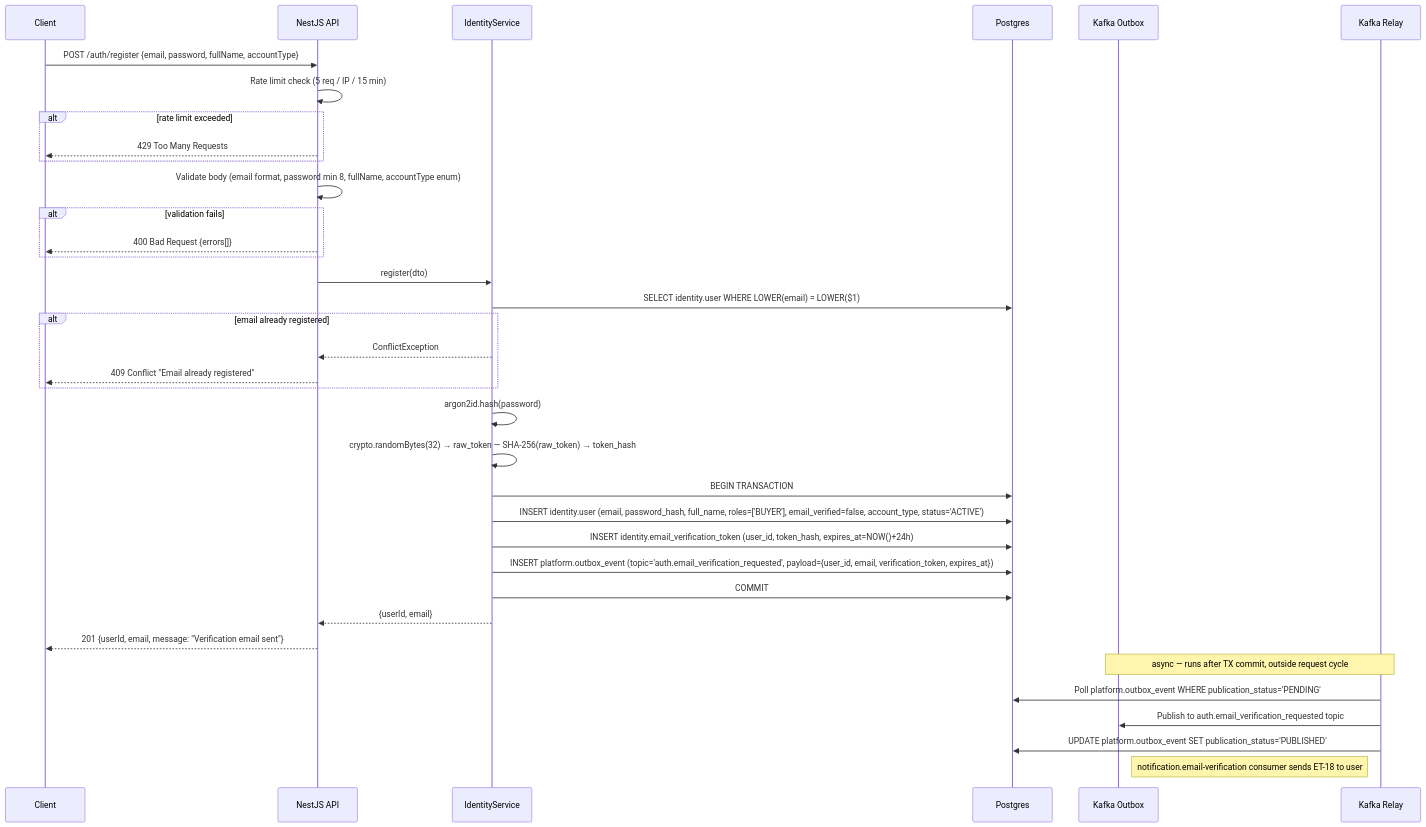
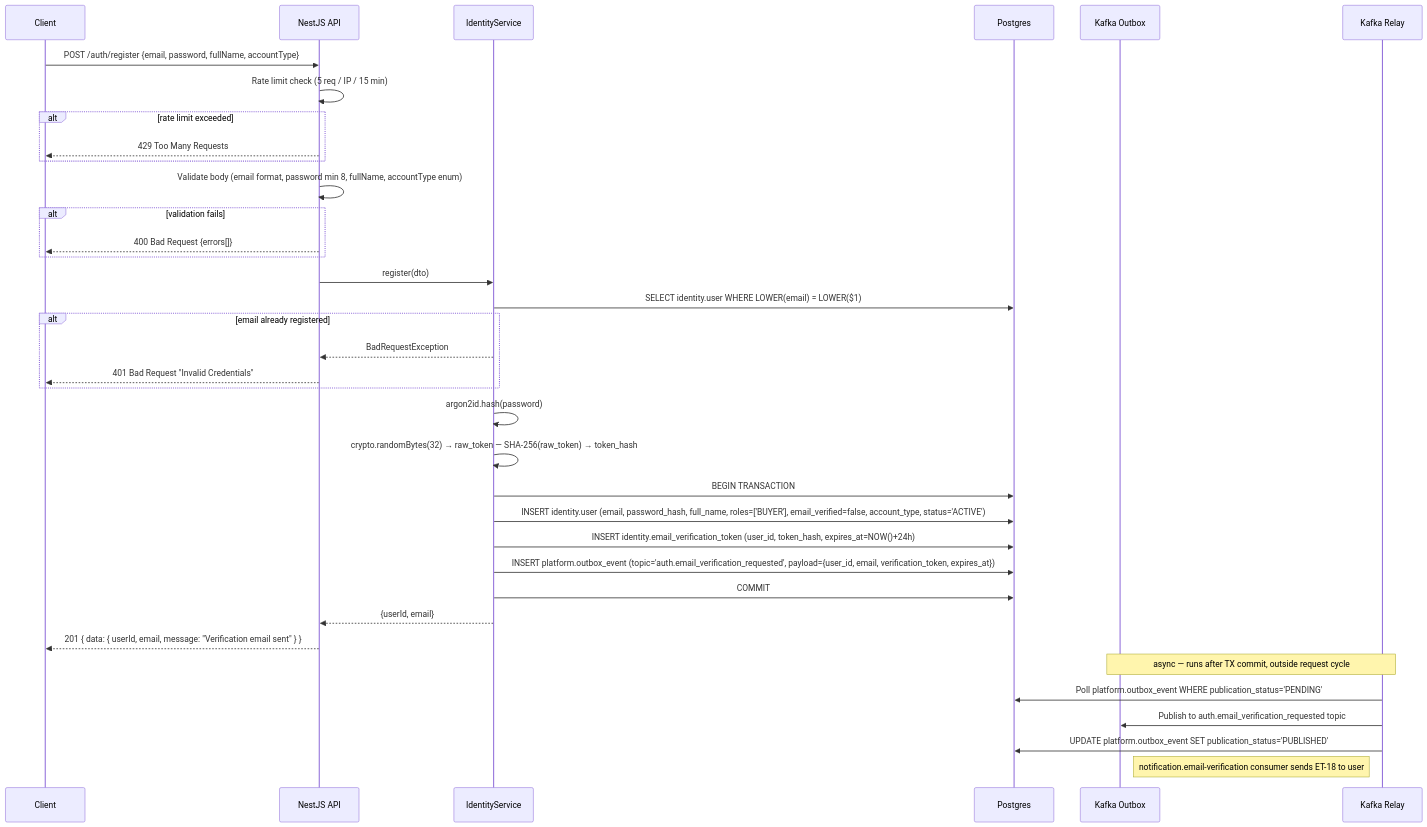
The first of 13 diagrams in phase-1/technical-design/api-design/auth.md (alisa-uthi/aliceut-ecom-document), drawn with Mermaid before and after one commit. The commit also changed other lines of this file and 22 other files, not shown here.

````diff
--- a/phase-1/technical-design/api-design/auth.md
+++ b/phase-1/technical-design/api-design/auth.md
@@ -82,46 +86,46 @@
 ```mermaid
 sequenceDiagram
     participant C as Client
     participant A as NestJS API
     participant IS as IdentityService
     participant PG as Postgres
     participant KO as Kafka Outbox
     participant KR as Kafka Relay
 
     C->>A: POST /auth/register {email, password, fullName, accountType}
 
     A->>A: Rate limit check (5 req / IP / 15 min)
     alt rate limit exceeded
         A-->>C: 429 Too Many Requests
     end
 
     A->>A: Validate body (email format, password min 8, fullName, accountType enum)
     alt validation fails
         A-->>C: 400 Bad Request {errors[]}
     end
 
     A->>IS: register(dto)
     IS->>PG: SELECT identity.user WHERE LOWER(email) = LOWER($1)
     alt email already registered
-        IS-->>A: ConflictException
-        A-->>C: 409 Conflict "Email already registered"
+        IS-->>A: BadRequestException
+        A-->>C: 401 Bad Request "Invalid Credentials"
     end
 
     IS->>IS: argon2id.hash(password)
     IS->>IS: crypto.randomBytes(32) → raw_token — SHA-256(raw_token) → token_hash
 
     IS->>PG: BEGIN TRANSACTION
     IS->>PG: INSERT identity.user (email, password_hash, full_name, roles=['BUYER'], email_verified=false, account_type, status='ACTIVE')
     IS->>PG: INSERT identity.email_verification_token (user_id, token_hash, expires_at=NOW()+24h)
     IS->>PG: INSERT platform.outbox_event (topic='auth.email_verification_requested', payload={user_id, email, verification_token, expires_at})
     IS->>PG: COMMIT
 
     IS-->>A: {userId, email}
-    A-->>C: 201 {userId, email, message: "Verification email sent"}
+    A-->>C: 201 { data: { userId, email, message: "Verification email sent" } }
 
     Note over KO,KR: async — runs after TX commit, outside request cycle
     KR->>PG: Poll platform.outbox_event WHERE publication_status='PENDING'
     KR->>KO: Publish to auth.email_verification_requested topic
     KR->>PG: UPDATE platform.outbox_event SET publication_status='PUBLISHED'
     Note right of KO: notification.email-verification consumer sends ET-18 to user
 ```
````
